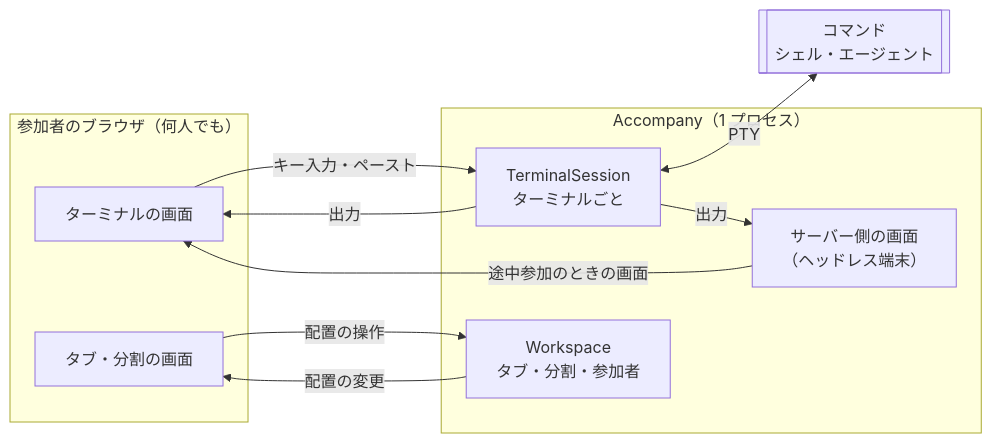
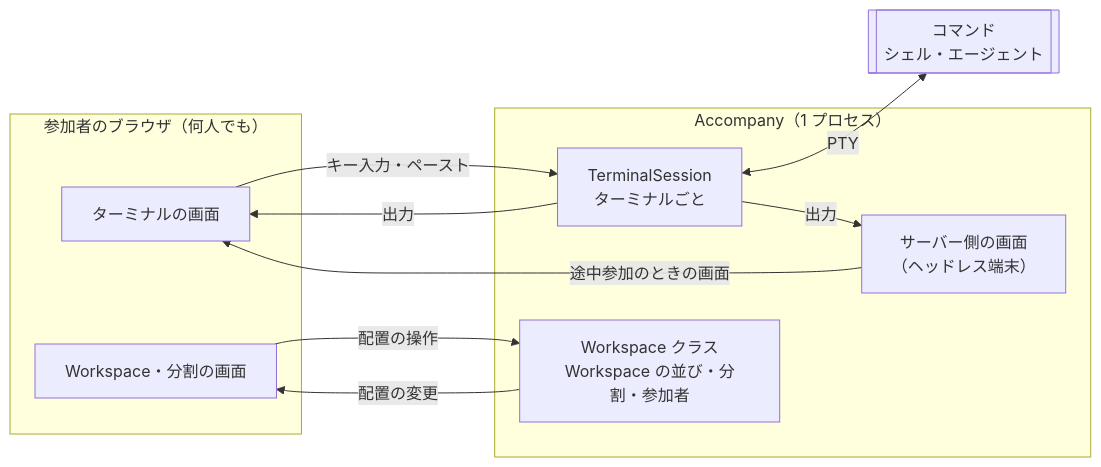
The diagram in README.md (itsuki-yamada/accompany), drawn with Mermaid before and after one commit. The commit also changed other lines of this file and 17 other files, not shown here.

````diff
--- a/README.md
+++ b/README.md
@@ -28,20 +28,20 @@
 ```mermaid
 flowchart LR
   subgraph Browser["参加者のブラウザ（何人でも）"]
     A[ターミナルの画面]
-    W[タブ・分割の画面]
+    W[Workspace・分割の画面]
   end
   subgraph Server["Accompany（1 プロセス）"]
-    WS[Workspace<br/>タブ・分割・参加者]
+    WS[Workspace クラス<br/>Workspace の並び・分割・参加者]
     T[TerminalSession<br/>ターミナルごと]
     S[サーバー側の画面<br/>（ヘッドレス端末）]
   end
   P[[コマンド<br/>シェル・エージェント]]
   A -->|キー入力・ペースト| T
   T -->|出力| A
   S -->|途中参加のときの画面| A
   W -->|配置の操作| WS
   WS -->|配置の変更| W
   T <-->|PTY| P
   T -->|出力| S
 ```
````
